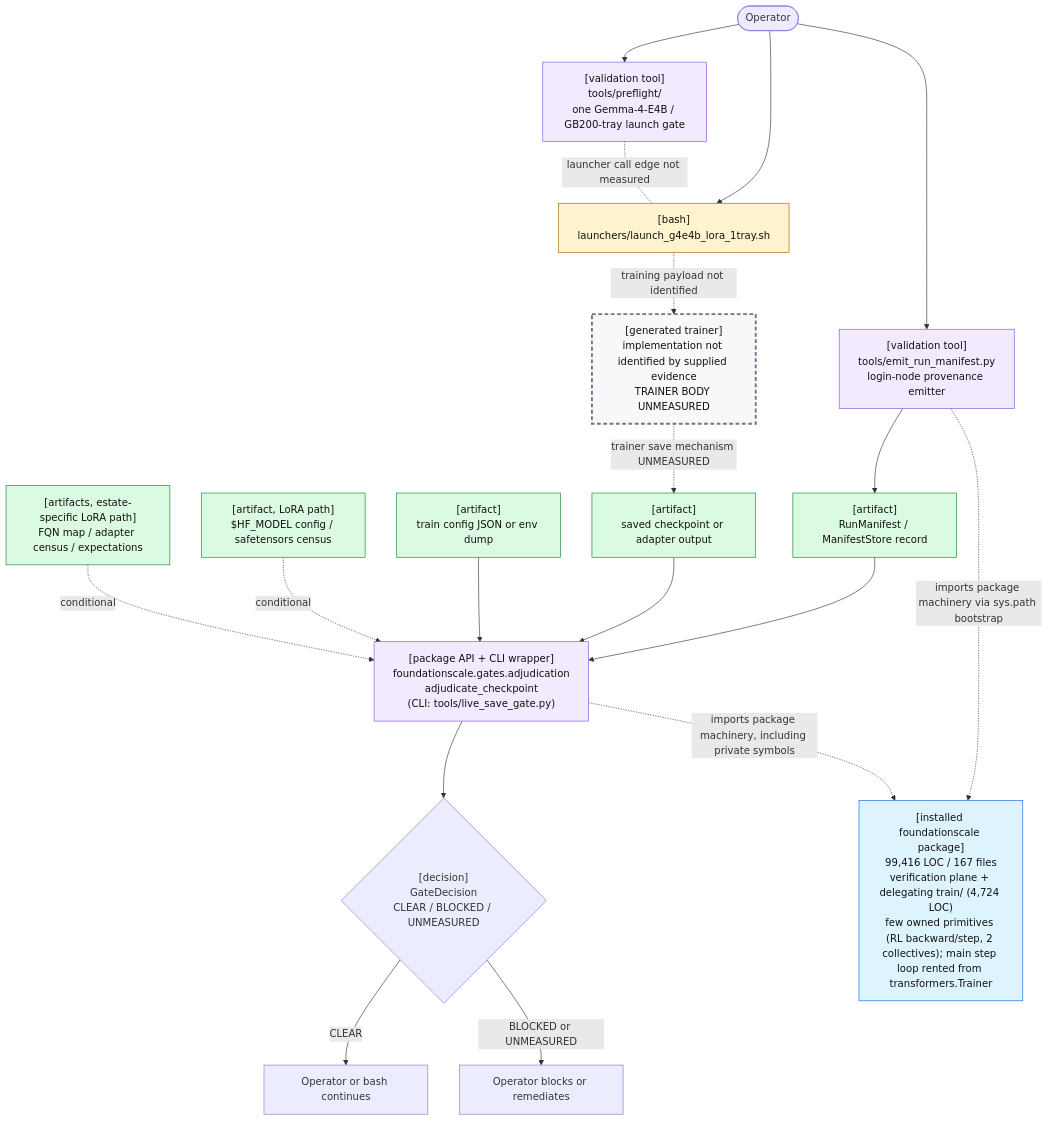
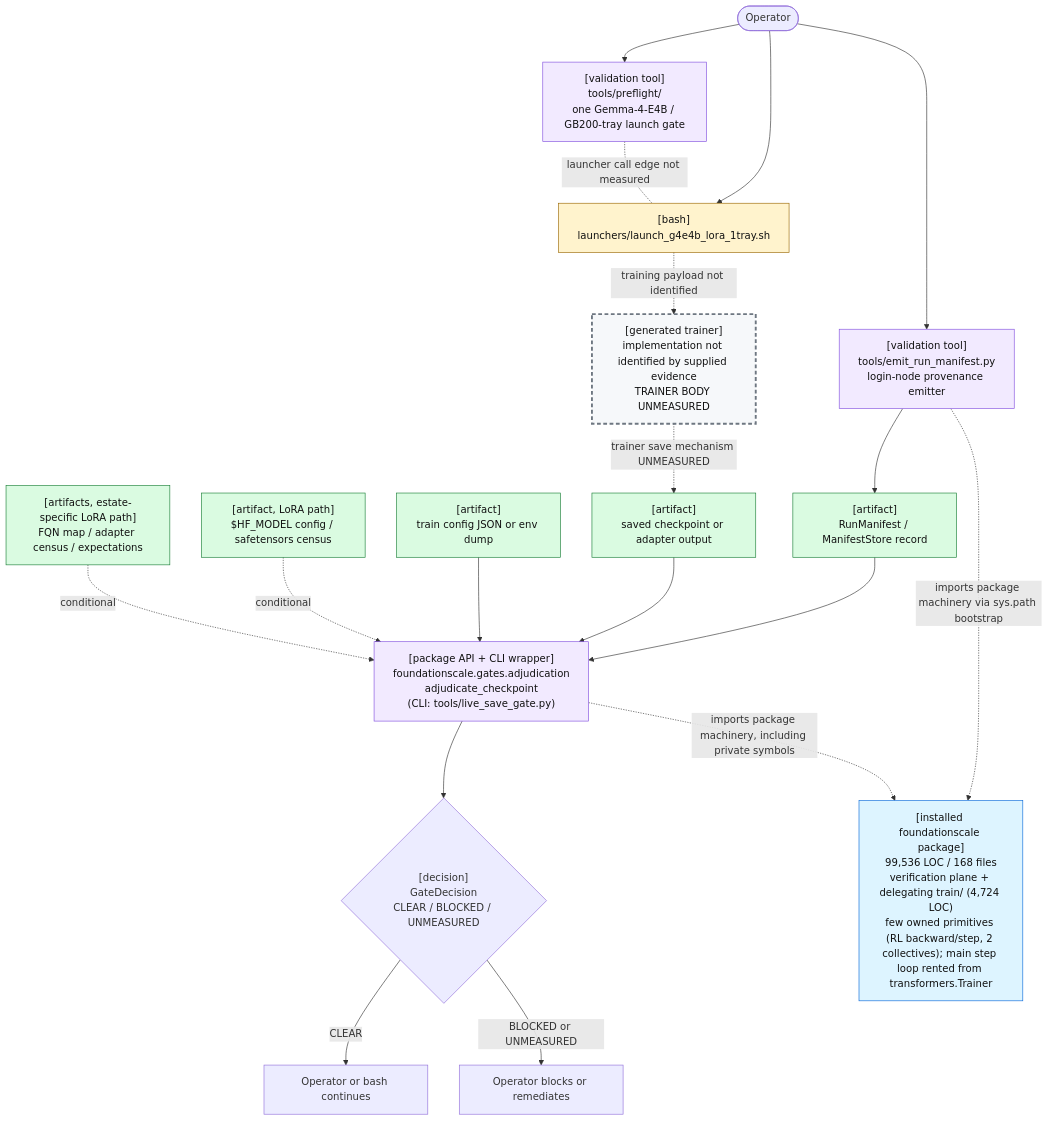
One commit to TranNhiem/FoundationScale changed the first of 2 diagrams in docs/review/D2_current_architecture.md. Above: the diagram before and after it, drawn with Mermaid. The commit also changed other lines of this file and 10 other files, not shown here.

````diff
--- a/docs/review/D2_current_architecture.md
+++ b/docs/review/D2_current_architecture.md
@@ -25,59 +25,59 @@
 ```mermaid
 flowchart TB
   O(["Operator"])
 
   PF["[validation tool]<br/>tools/preflight/<br/>one Gemma-4-E4B / GB200-tray launch gate"]
   L["[bash]<br/>launchers/launch_g4e4b_lora_1tray.sh"]
 
   E["[validation tool]<br/>tools/emit_run_manifest.py<br/>login-node provenance emitter"]
   M["[artifact]<br/>RunManifest / ManifestStore record"]
 
   T["[generated trainer]<br/>implementation not identified by supplied evidence<br/>TRAINER BODY UNMEASURED"]
   C["[artifact]<br/>saved checkpoint or adapter output"]
 
   G["[package API + CLI wrapper]<br/>foundationscale.gates.adjudication<br/>adjudicate_checkpoint<br/>(CLI: tools/live_save_gate.py)"]
   CFG["[artifact]<br/>train config JSON or env dump"]
   BASE["[artifact, LoRA path]<br/>$HF_MODEL config / safetensors census"]
   CEN["[artifacts, estate-specific LoRA path]<br/>FQN map / adapter census / expectations"]
 
   D{"[decision]<br/>GateDecision<br/>CLEAR / BLOCKED / UNMEASURED"}
   OK["Operator or bash continues"]
   NO["Operator blocks or remediates"]
 
-  PKG["[installed foundationscale package]<br/>99,416 LOC / 167 files<br/>verification plane + delegating train/ (4,724 LOC)<br/>few owned primitives (RL backward/step, 2 collectives); main step loop rented from transformers.Trainer"]
+  PKG["[installed foundationscale package]<br/>99,536 LOC / 168 files<br/>verification plane + delegating train/ (4,724 LOC)<br/>few owned primitives (RL backward/step, 2 collectives); main step loop rented from transformers.Trainer"]
 
   O --> PF
   O --> L
   PF -. "launcher call edge not measured" .- L
 
   O --> E
   E --> M
 
   L -. "training payload not identified" .-> T
   T -. "trainer save mechanism UNMEASURED" .-> C
 
   M --> G
   C --> G
   CFG --> G
   BASE -. "conditional" .-> G
   CEN -. "conditional" .-> G
 
   E -. "imports package machinery via sys.path bootstrap" .-> PKG
   G -. "imports package machinery, including private symbols" .-> PKG
 
   G --> D
   D -->|"CLEAR"| OK
   D -->|"BLOCKED or UNMEASURED"| NO
 
   classDef bash fill:#fff3cd,stroke:#9a6700,color:#111;
   classDef tool fill:#f2eaff,stroke:#8250df,color:#111;
   classDef artifact fill:#dafbe1,stroke:#1a7f37,color:#111;
   classDef gap fill:#f6f8fa,stroke:#6e7781,stroke-width:3px,stroke-dasharray: 6 4,color:#111;
   classDef pkg fill:#ddf4ff,stroke:#0969da,color:#111;
 
   class L bash;
   class PF,E,G tool;
   class M,C,CFG,BASE,CEN artifact;
   class T gap;
   class PKG pkg;
 ```
````
